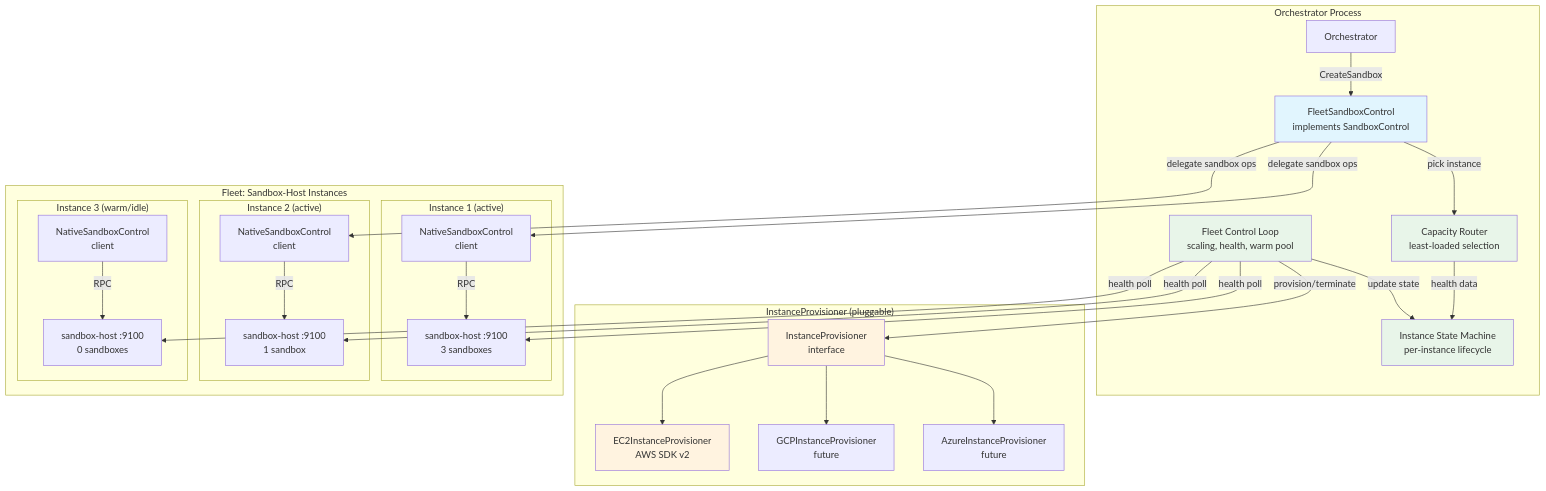
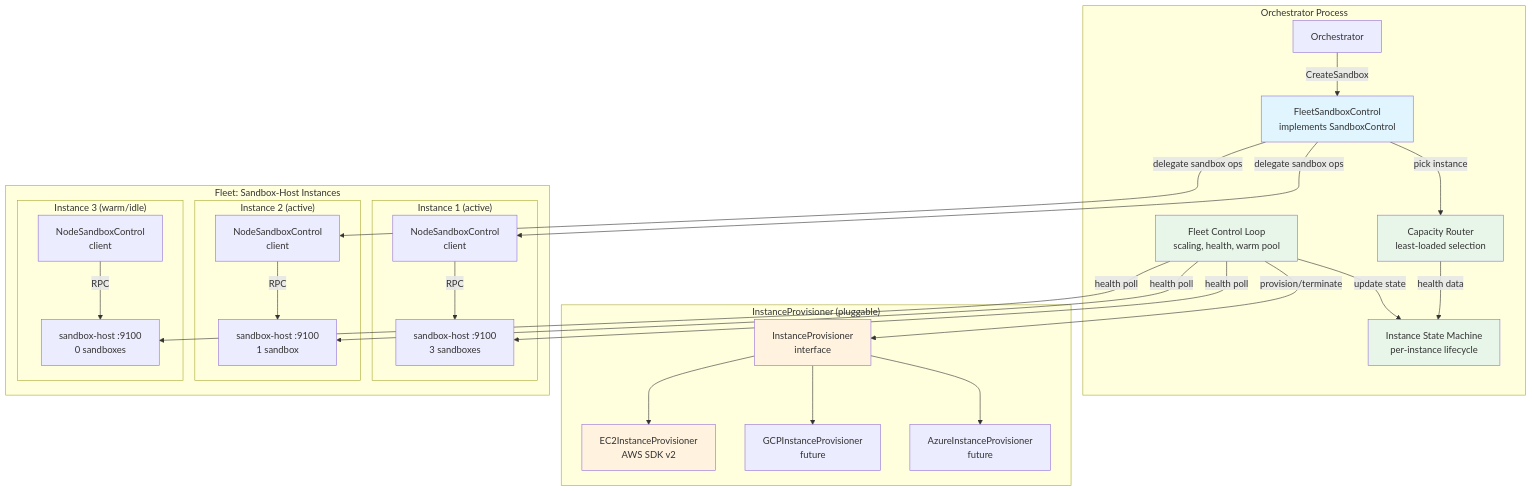
One commit to dcosson/flex-agent-runtime changed the first of 4 diagrams in docs/plans/20-fleet-management.md. Above: the diagram before and after it, drawn with Mermaid. The commit also changed other lines of this file and 1 other file, not shown here.

First line of the commit message:
Incorporate R1 review feedback into plan 19, rename Native→Node

````diff
--- a/docs/plans/20-fleet-management.md
+++ b/docs/plans/20-fleet-management.md
@@ -45,58 +45,58 @@
 ```mermaid
 graph TD
     subgraph "Orchestrator Process"
         ORC[Orchestrator]
         FSC[FleetSandboxControl<br/>implements SandboxControl]
         CL[Fleet Control Loop<br/>scaling, health, warm pool]
         RT[Capacity Router<br/>least-loaded selection]
         ISM[Instance State Machine<br/>per-instance lifecycle]
     end
 
     subgraph "InstanceProvisioner (pluggable)"
         IP[InstanceProvisioner<br/>interface]
         EC2P[EC2InstanceProvisioner<br/>AWS SDK v2]
         GCPP[GCPInstanceProvisioner<br/>future]
         AZRP[AzureInstanceProvisioner<br/>future]
     end
 
     subgraph "Fleet: Sandbox-Host Instances"
         subgraph "Instance 1 (active)"
             SH1[sandbox-host :9100<br/>3 sandboxes]
-            NSC1[NativeSandboxControl<br/>client]
+            NSC1[NodeSandboxControl<br/>client]
         end
         subgraph "Instance 2 (active)"
             SH2[sandbox-host :9100<br/>1 sandbox]
-            NSC2[NativeSandboxControl<br/>client]
+            NSC2[NodeSandboxControl<br/>client]
         end
         subgraph "Instance 3 (warm/idle)"
             SH3[sandbox-host :9100<br/>0 sandboxes]
-            NSC3[NativeSandboxControl<br/>client]
+            NSC3[NodeSandboxControl<br/>client]
         end
     end
 
     ORC -->|CreateSandbox| FSC
     FSC -->|pick instance| RT
     RT -->|health data| ISM
     FSC -->|delegate sandbox ops| NSC1
     FSC -->|delegate sandbox ops| NSC2
     NSC1 -->|RPC| SH1
     NSC2 -->|RPC| SH2
     NSC3 -->|RPC| SH3
 
     CL -->|provision/terminate| IP
     CL -->|health poll| SH1
     CL -->|health poll| SH2
     CL -->|health poll| SH3
     CL -->|update state| ISM
 
     IP --> EC2P
     IP --> GCPP
     IP --> AZRP
 
     style FSC fill:#e1f5fe
     style CL fill:#e8f5e9
     style RT fill:#e8f5e9
     style ISM fill:#e8f5e9
     style IP fill:#fff3e0
     style EC2P fill:#fff3e0
 ```
````
